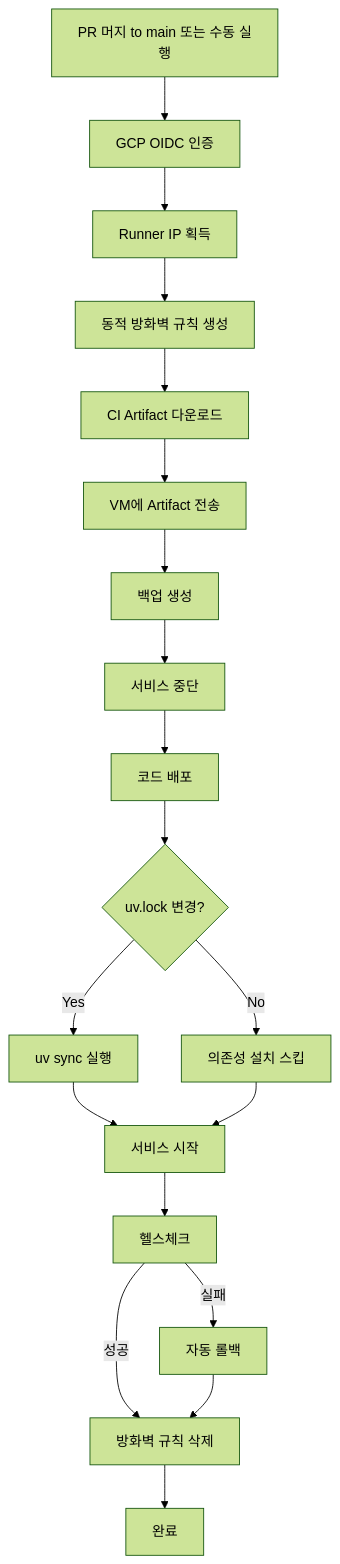
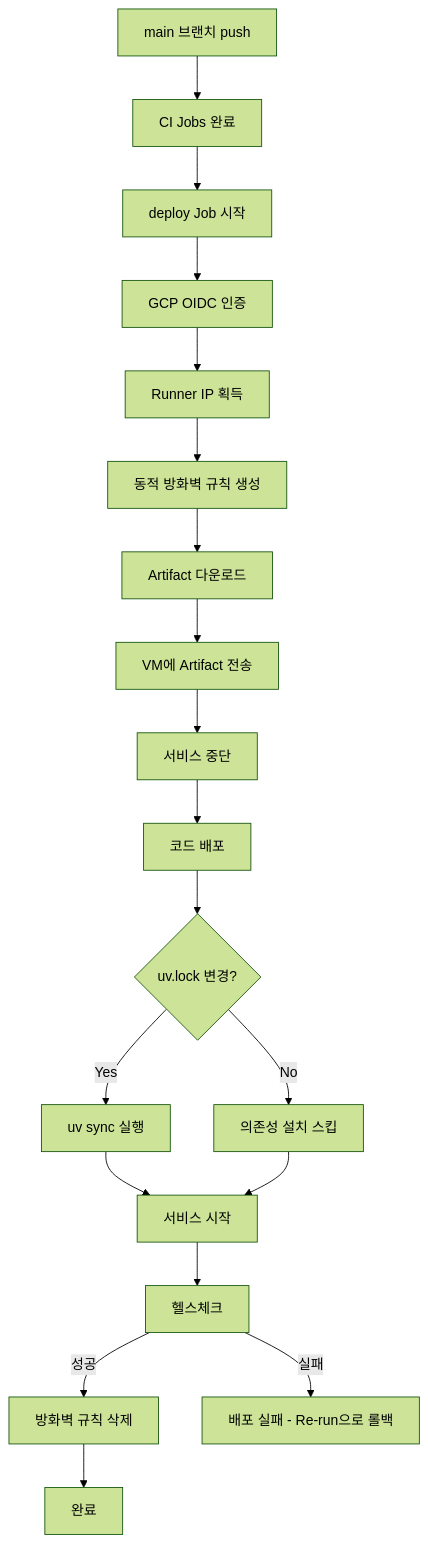
One commit to 100-hours-a-week/14-team-dojangkok-cloud changed the diagram in wiki/guide/ai-server-cd-guide.md. Above: the diagram before and after it, drawn with Mermaid (forest theme). The commit also changed other lines of this file and 5 other files, not shown here.

First line of the commit message:
refactor(ci): AI Server CI/CD 워크플로우 통합

````diff
--- a/wiki/guide/ai-server-cd-guide.md
+++ b/wiki/guide/ai-server-cd-guide.md
@@ -292,21 +236,21 @@
 ```mermaid
 flowchart TD
-    A[PR 머지 to main 또는 수동 실행] --> B[GCP OIDC 인증]
-    B --> C[Runner IP 획득]
-    C --> D[동적 방화벽 규칙 생성]
-    D --> E[CI Artifact 다운로드]
-    E --> F[VM에 Artifact 전송]
-    F --> G[백업 생성]
-    G --> H[서비스 중단]
-    H --> I[코드 배포]
-    I --> J{uv.lock 변경?}
-    J -->|Yes| K[uv sync 실행]
-    J -->|No| L[의존성 설치 스킵]
-    K --> M[서비스 시작]
-    L --> M
-    M --> N[헬스체크]
-    N -->|성공| O[방화벽 규칙 삭제]
-    N -->|실패| P[자동 롤백]
-    P --> O
-    O --> Q[완료]
+    A[main 브랜치 push] --> B[CI Jobs 완료]
+    B --> C[deploy Job 시작]
+    C --> D[GCP OIDC 인증]
+    D --> E[Runner IP 획득]
+    E --> F[동적 방화벽 규칙 생성]
+    F --> G[Artifact 다운로드]
+    G --> H[VM에 Artifact 전송]
+    H --> I[서비스 중단]
+    I --> J[코드 배포]
+    J --> K{uv.lock 변경?}
+    K -->|Yes| L[uv sync 실행]
+    K -->|No| M[의존성 설치 스킵]
+    L --> N[서비스 시작]
+    M --> N
+    N --> O[헬스체크]
+    O -->|성공| P[방화벽 규칙 삭제]
+    O -->|실패| Q[배포 실패 - Re-run으로 롤백]
+    P --> R[완료]
 ```
````
